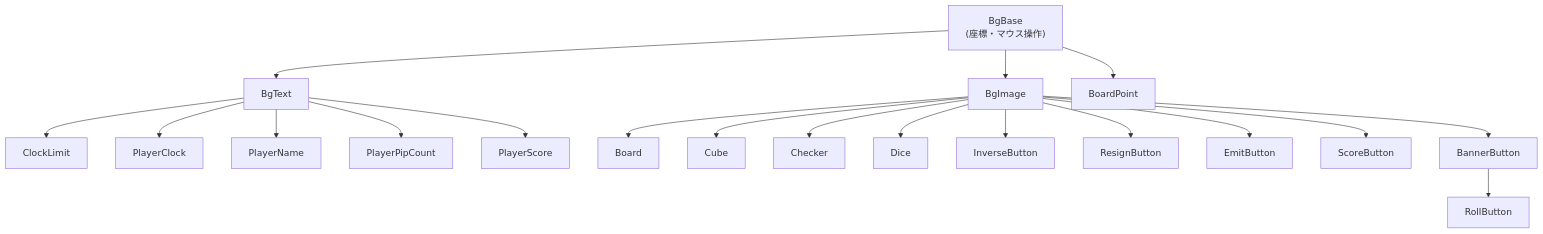
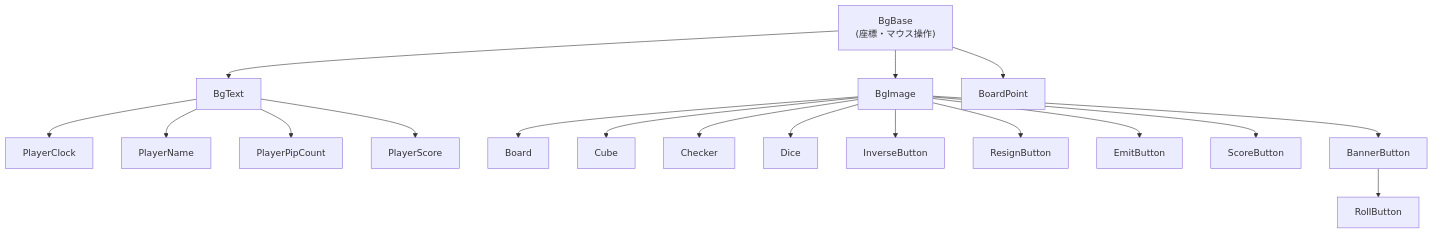
The fourth of 4 diagrams in docs/Developer.md (ytani01/ytBackgammon), drawn with Mermaid before and after one commit. The commit also changed other lines of this file and 15 other files, not shown here.

````diff
--- a/docs/Developer.md
+++ b/docs/Developer.md
@@ -229,21 +230,20 @@
 ```mermaid
 graph TD
     BgBase["BgBase<br/>(座標・マウス操作)"] --> BgText
     BgBase --> BgImage
     BgBase --> BoardPoint
-    BgText --> ClockLimit
     BgText --> PlayerClock
     BgText --> PlayerName
     BgText --> PlayerPipCount
     BgText --> PlayerScore
     BgImage --> Board
     BgImage --> Cube
     BgImage --> Checker
     BgImage --> Dice
     BgImage --> InverseButton
     BgImage --> ResignButton
     BgImage --> EmitButton
     BgImage --> ScoreButton
     BgImage --> BannerButton
     BannerButton --> RollButton
 ```
````
